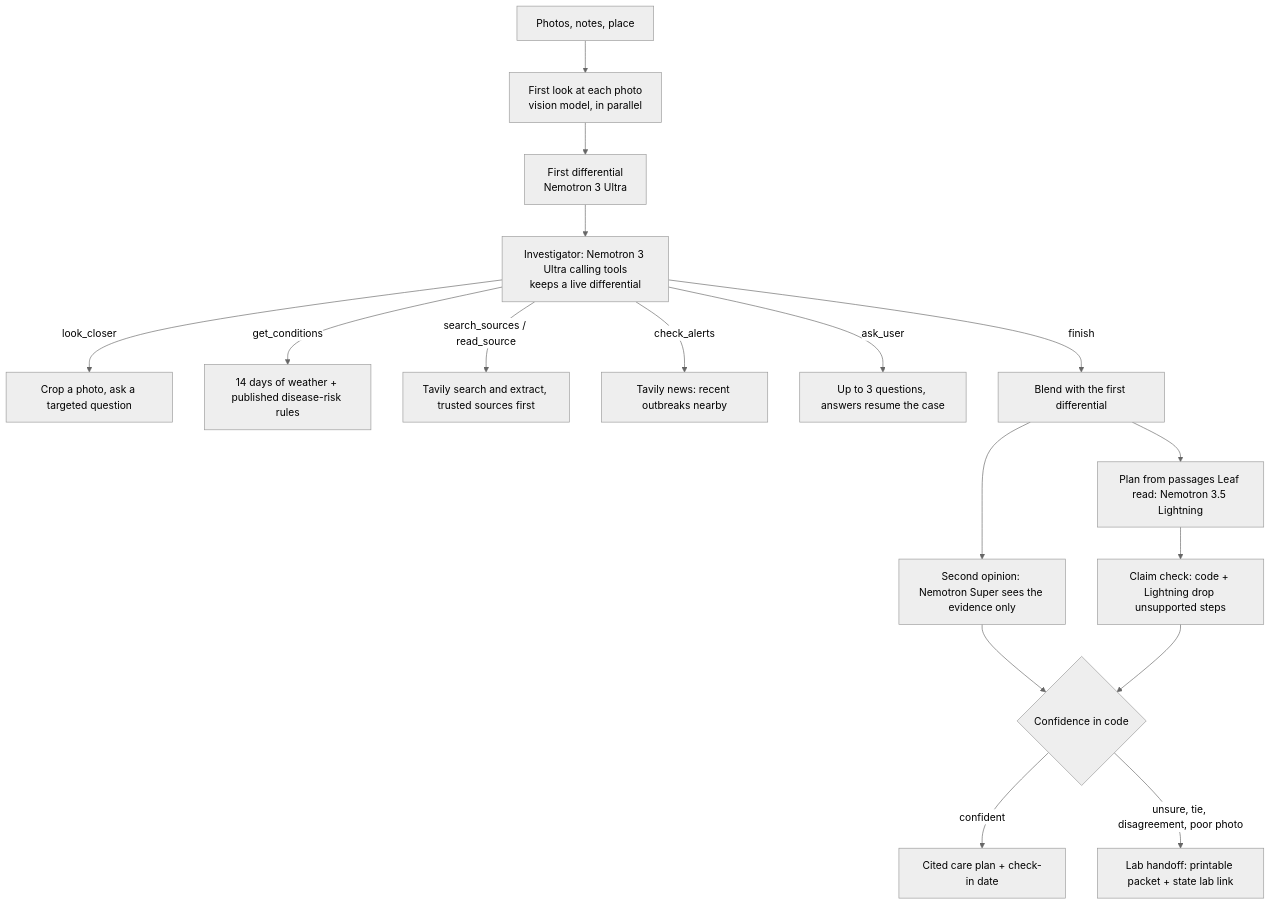
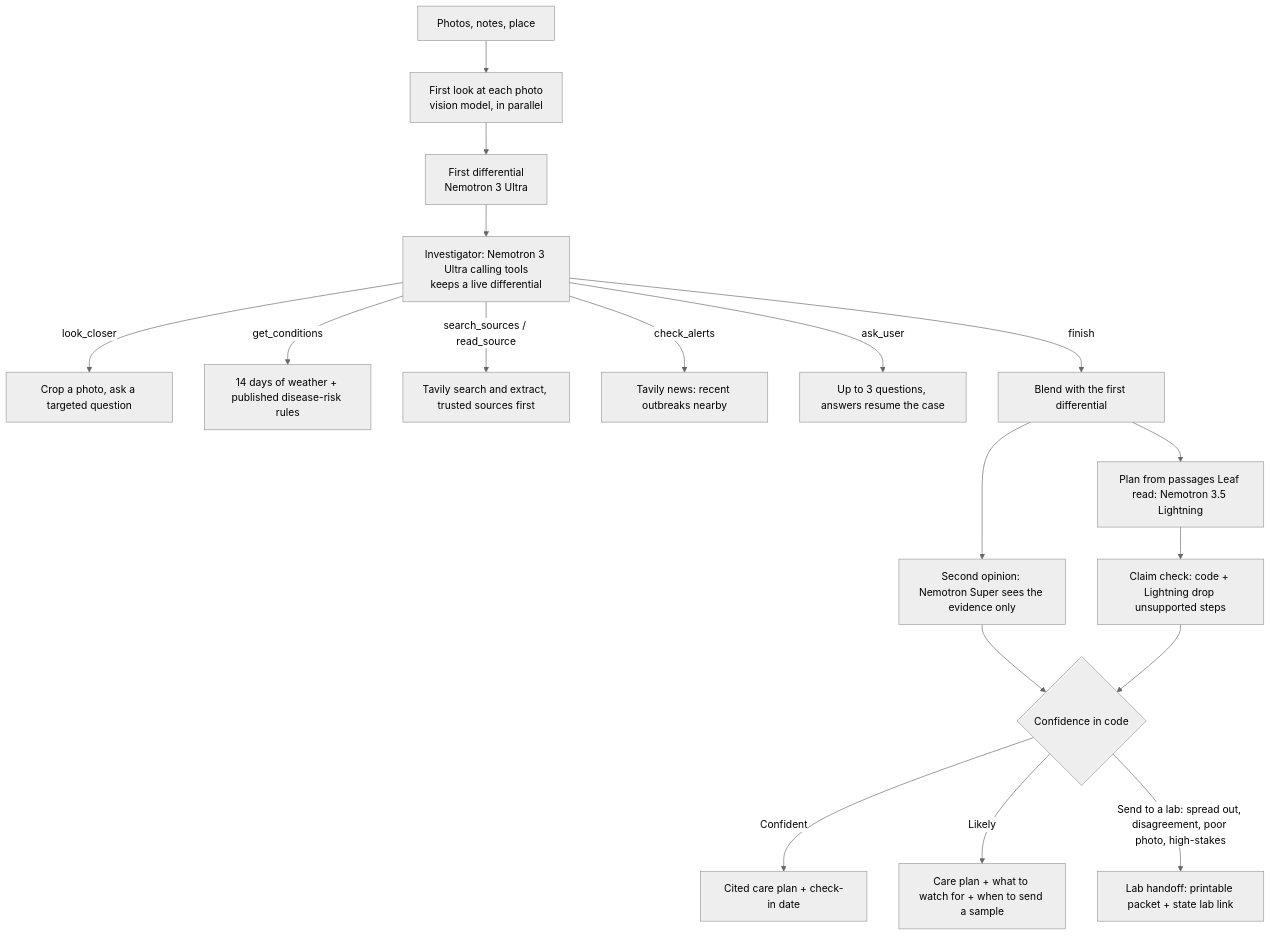
The diagram in README.md (risshabs22-quantified/leaf), drawn with Mermaid (neutral theme) before and after one commit. The commit also changed other lines of this file and 5 other files, not shown here.

````diff
--- a/README.md
+++ b/README.md
@@ -21,19 +33,20 @@
 ```mermaid
 flowchart TD
     U[Photos, notes, place] --> L[First look at each photo<br/>vision model, in parallel]
     L --> F[First differential<br/>Nemotron 3 Ultra]
     F --> I[Investigator: Nemotron 3 Ultra calling tools<br/>keeps a live differential]
     I -- look_closer --> T1[Crop a photo, ask a targeted question]
     I -- get_conditions --> T2[14 days of weather + published disease-risk rules]
     I -- search_sources / read_source --> T3[Tavily search and extract, trusted sources first]
     I -- check_alerts --> T4[Tavily news: recent outbreaks nearby]
     I -- ask_user --> Q[Up to 3 questions, answers resume the case]
     I -- finish --> B[Blend with the first differential]
     B --> C[Second opinion: Nemotron Super sees the evidence only]
     B --> P[Plan from passages Leaf read: Nemotron 3.5 Lightning]
     P --> K[Claim check: code + Lightning drop unsupported steps]
     C --> X{Confidence in code}
     K --> X
-    X -- confident --> R[Cited care plan + check-in date]
-    X -- unsure, tie, disagreement, poor photo --> H[Lab handoff: printable packet + state lab link]
+    X -- Confident --> R[Cited care plan + check-in date]
+    X -- Likely --> W[Care plan + what to watch for + when to send a sample]
+    X -- Send to a lab: spread out, disagreement, poor photo, high-stakes --> H[Lab handoff: printable packet + state lab link]
 ```
````
